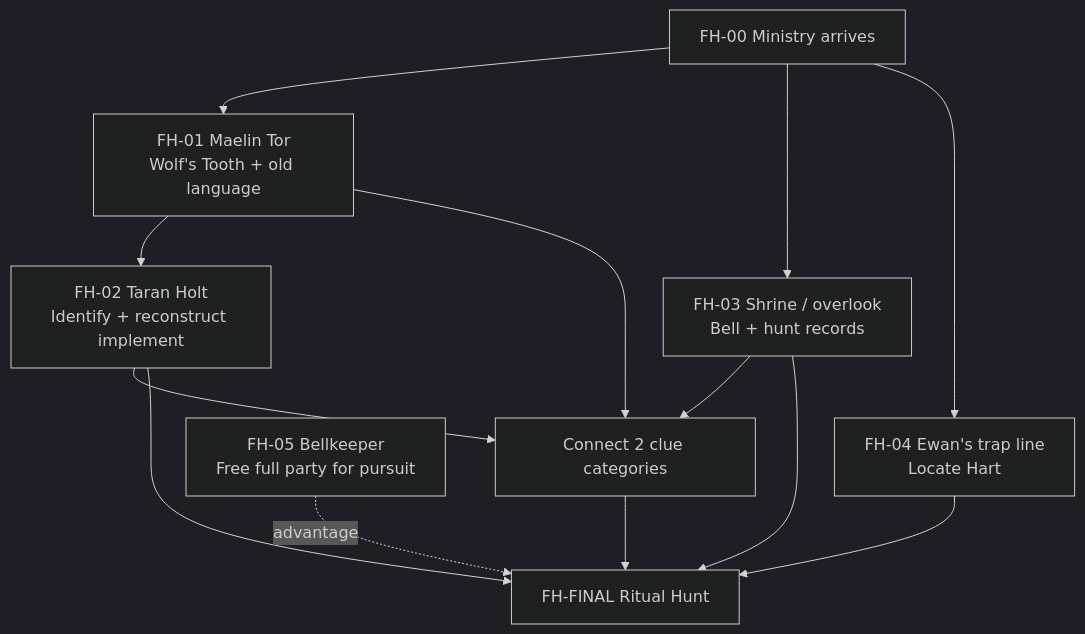
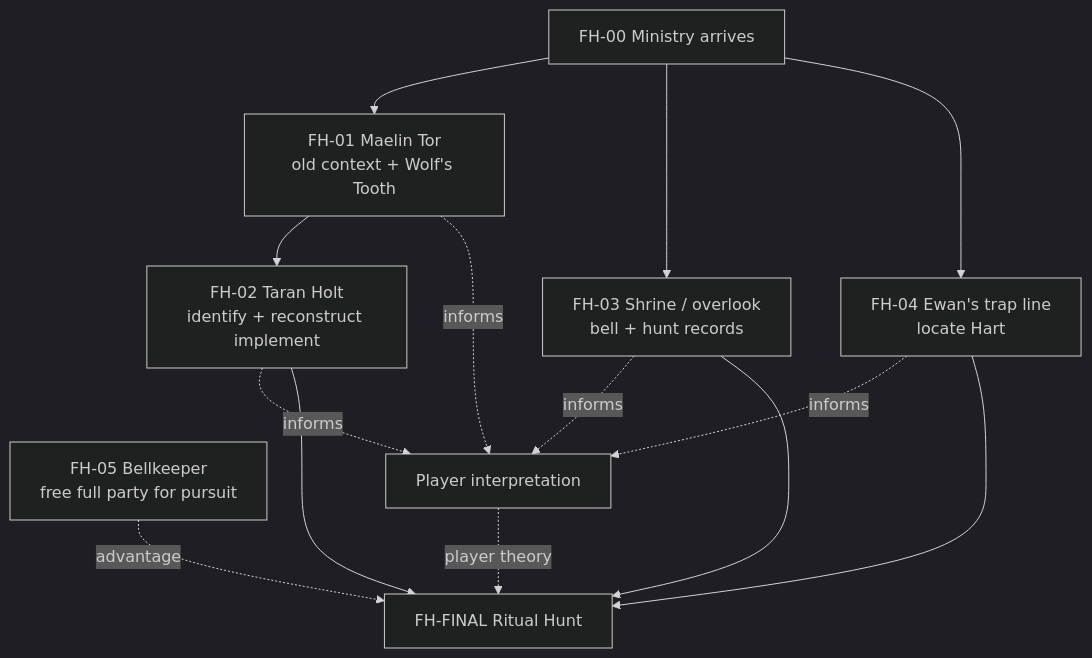
The diagram in adventures/forests-hart/gm/design/workflow.md (flip-z/flip-z.github.io), drawn with Mermaid (dark theme) before and after one commit. The commit also changed other lines of this file, not shown here.

Commit message:
Align Forest's Hart workflow with mock playtest

````diff
--- a/adventures/forests-hart/gm/design/workflow.md
+++ b/adventures/forests-hart/gm/design/workflow.md
@@ -45,24 +62,25 @@
 ```mermaid
 flowchart TD
     ENTRY["FH-00 Ministry arrives"]
-    SAGE["FH-01 Maelin Tor<br/>Wolf's Tooth + old language"]
-    SMITH["FH-02 Taran Holt<br/>Identify + reconstruct implement"]
-    SHRINE["FH-03 Shrine / overlook<br/>Bell + hunt records"]
-    HUNTER["FH-04 Ewan's trap line<br/>Locate Hart"]
-    KEEPER["FH-05 Bellkeeper<br/>Free full party for pursuit"]
-    TRUTH["Connect 2 clue categories"]
+    SAGE["FH-01 Maelin Tor<br/>old context + Wolf's Tooth"]
+    SMITH["FH-02 Taran Holt<br/>identify + reconstruct implement"]
+    SHRINE["FH-03 Shrine / overlook<br/>bell + hunt records"]
+    HUNTER["FH-04 Ewan's trap line<br/>locate Hart"]
+    KEEPER["FH-05 Bellkeeper<br/>free full party for pursuit"]
+    INFER["Player interpretation"]
     FINAL["FH-FINAL Ritual Hunt"]
 
     ENTRY --> SAGE
     ENTRY --> SHRINE
     ENTRY --> HUNTER
     SAGE --> SMITH
-    SAGE --> TRUTH
-    SMITH --> TRUTH
-    SHRINE --> TRUTH
+    SAGE -. informs .-> INFER
+    SMITH -. informs .-> INFER
+    SHRINE -. informs .-> INFER
+    HUNTER -. informs .-> INFER
     SMITH --> FINAL
     SHRINE --> FINAL
-    TRUTH --> FINAL
     HUNTER --> FINAL
+    INFER -. player theory .-> FINAL
     KEEPER -. advantage .-> FINAL
 ```
````
